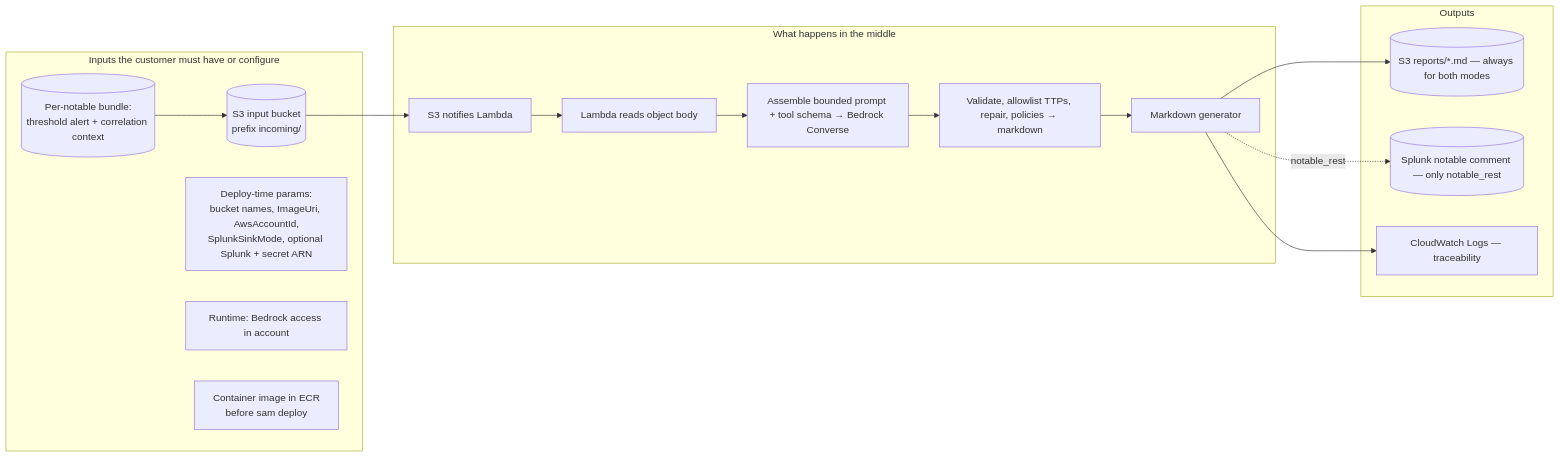
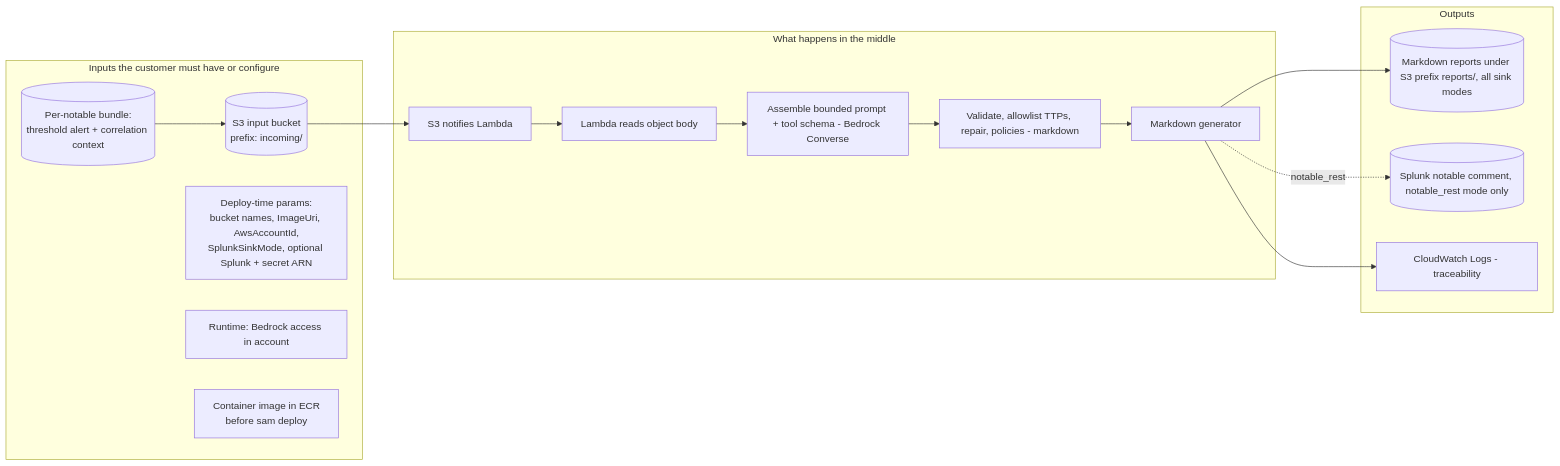
One commit to dreyna001/llm_notable_analysis changed the second of 4 diagrams in s3_notable_pipeline/END_TO_END_DIAGRAMS.md. Above: the diagram before and after it, drawn with Mermaid. The commit also changed other lines of this file, not shown here.

First line of the commit message:
docs(s3_notable_pipeline): update end-to-end diagrams

````diff
--- a/s3_notable_pipeline/END_TO_END_DIAGRAMS.md
+++ b/s3_notable_pipeline/END_TO_END_DIAGRAMS.md
@@ -91,34 +91,34 @@
 ```mermaid
 flowchart LR
   subgraph Inputs["Inputs the customer must have or configure"]
     I1[(Per-notable bundle:<br/>threshold alert + correlation context)]
-    I2[(S3 input bucket<br/>prefix incoming/)]
+    I2[("S3 input bucket<br/>prefix: incoming/")]
     I3[Deploy-time params:<br/>bucket names, ImageUri, AwsAccountId,<br/>SplunkSinkMode, optional Splunk + secret ARN]
     I4[Runtime: Bedrock access in account]
     I5[Container image in ECR<br/>before sam deploy]
   end
 
   subgraph Middle["What happens in the middle"]
     M1[S3 notifies Lambda]
     M2[Lambda reads object body]
-    M3[Assemble bounded prompt + tool schema → Bedrock Converse]
-    M4[Validate, allowlist TTPs, repair, policies → markdown]
+    M3[Assemble bounded prompt + tool schema - Bedrock Converse]
+    M4[Validate, allowlist TTPs, repair, policies - markdown]
     M5[Markdown generator]
   end
 
   subgraph Outputs["Outputs"]
-    O1[(S3 reports/*.md — always for both modes)]
-    O2[(Splunk notable comment — only notable_rest)]
-    O3[CloudWatch Logs — traceability]
+    O1[("Markdown reports under S3 prefix reports/, all sink modes")]
+    O2[("Splunk notable comment, notable_rest mode only")]
+    O3[CloudWatch Logs - traceability]
   end
 
   I1 --> I2
   I2 --> M1
   M1 --> M2
   M2 --> M3
   M3 --> M4
   M4 --> M5
   M5 --> O1
   M5 -. notable_rest .-> O2
   M5 --> O3
 ```
````
